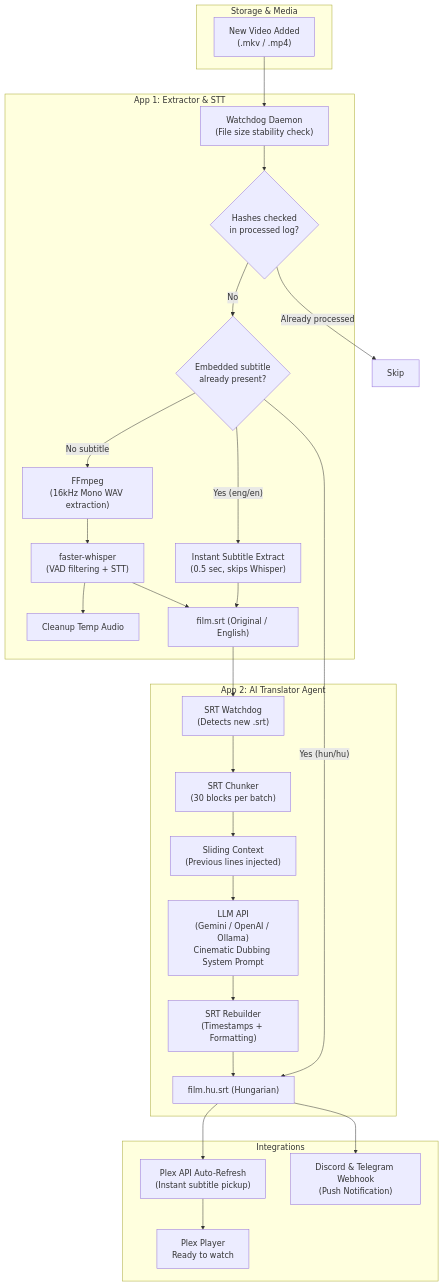
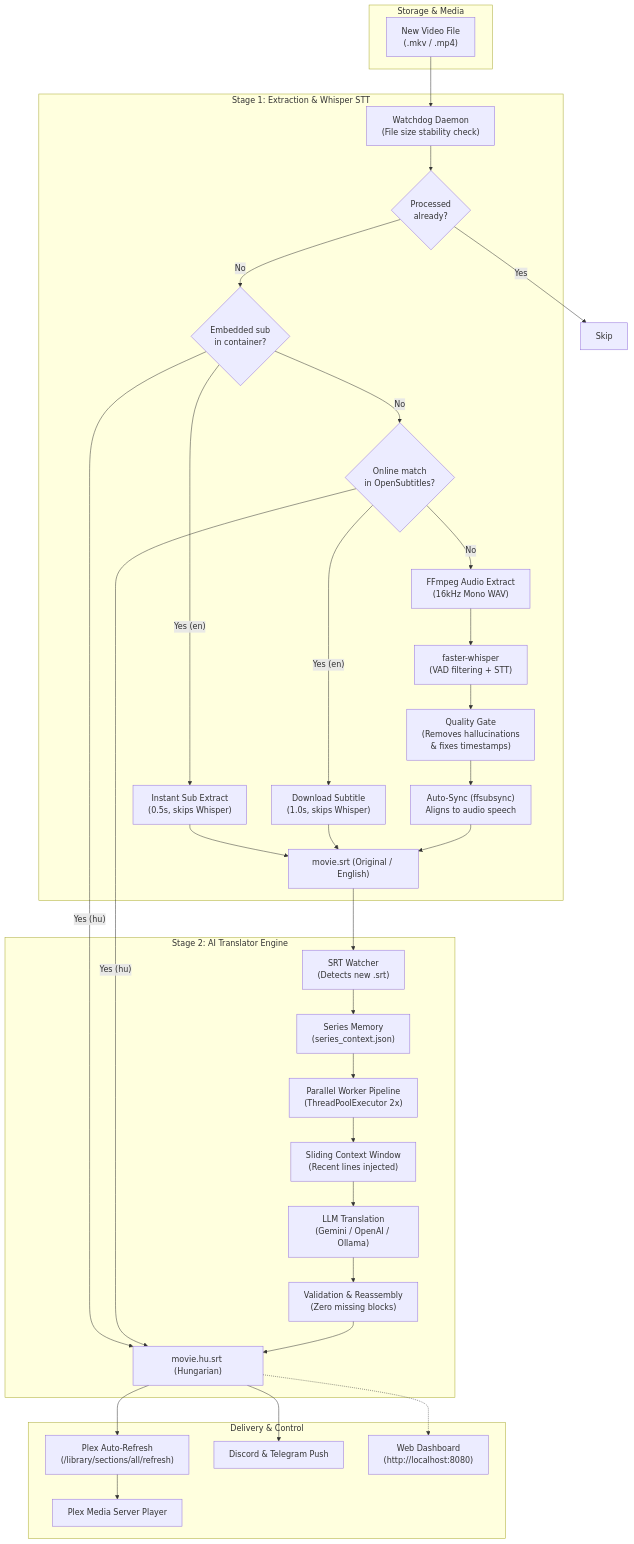
The diagram in README.md (Gyuri125/plex-ai-subtitler), drawn with Mermaid before and after one commit. The commit also changed other lines of this file and 3 other files, not shown here.

Commit message:
docs: expand README documentation with architecture matrix, web dashboard, and evaluation test suite

````diff
--- a/README.md
+++ b/README.md
@@ -80,53 +110,54 @@
 ```mermaid
 flowchart TD
     subgraph Storage [" Storage & Media "]
-        Video["New Video Added\n(.mkv / .mp4)"]
+        Video["New Video File\n(.mkv / .mp4)"]
     end
 
-    subgraph App1 [" App 1: Extractor & STT "]
+    subgraph Stage1 [" Stage 1: Extraction & Whisper STT "]
         Watch["Watchdog Daemon\n(File size stability check)"]
-        Dedup{"Hashes checked\nin processed log?"}
-        Probe{"Embedded subtitle\nalready present?"}
-        FastSub["Instant Subtitle Extract\n(0.5 sec, skips Whisper)"]
-        FFmpeg["FFmpeg\n(16kHz Mono WAV extraction)"]
+        Dedup{"Processed\nalready?"}
+        Probe{"Embedded sub\nin container?"}
+        FastSub["Instant Sub Extract\n(0.5s, skips Whisper)"]
+        OnlineCheck{"Online match\nin OpenSubtitles?"}
+        OnlineDl["Download Subtitle\n(1.0s, skips Whisper)"]
+        FFmpeg["FFmpeg Audio Extract\n(16kHz Mono WAV)"]
         Whisper["faster-whisper\n(VAD filtering + STT)"]
-        Clean["Cleanup Temp Audio"]
-        SrtEN["film.srt (Original / English)"]
+        QGate["Quality Gate\n(Removes hallucinations\n& fixes timestamps)"]
+        AutoSync["Auto-Sync (ffsubsync)\nAligns to audio speech"]
+        SrtEN["movie.srt (Original / English)"]
     end
 
-    subgraph App2 [" App 2: AI Translator Agent "]
-        WatchSRT["SRT Watchdog\n(Detects new .srt)"]
-        Chunker["SRT Chunker\n(30 blocks per batch)"]
-        Context["Sliding Context\n(Previous lines injected)"]
-        LLM["LLM API\n(Gemini / OpenAI / Ollama)\nCinematic Dubbing System Prompt"]
-        Reconstruct["SRT Rebuilder\n(Timestamps + Formatting)"]
-        SrtHU["film.hu.srt (Hungarian)"]
+    subgraph Stage2 [" Stage 2: AI Translator Engine "]
+        WatchSRT["SRT Watcher\n(Detects new .srt)"]
+        SeriesMem["Series Memory\n(series_context.json)"]
+        ParallelPipe["Parallel Worker Pipeline\n(ThreadPoolExecutor 2x)"]
+        SlidingCtx["Sliding Context Window\n(Recent lines injected)"]
+        LLM["LLM Translation\n(Gemini / OpenAI / Ollama)"]
+        IntegrityCheck["Validation & Reassembly\n(Zero missing blocks)"]
+        SrtHU["movie.hu.srt (Hungarian)"]
     end
 
-    subgraph Integrations [" Integrations "]
-        PlexRefresh["Plex API Auto-Refresh\n(Instant subtitle pickup)"]
-        Notif["Discord & Telegram Webhook\n(Push Notification)"]
-        Plex["Plex Player\nReady to watch"]
+    subgraph Output [" Delivery & Control "]
+        PlexRefresh["Plex Auto-Refresh\n(/library/sections/all/refresh)"]
+        Notif["Discord & Telegram Push"]
+        WebUI["Web Dashboard\n(http://localhost:8080)"]
+        Plex["Plex Media Server Player"]
     end
 
     Video --> Watch
     Watch --> Dedup
     Dedup -- No --> Probe
-    Dedup -- Already processed --> Skip["Skip"]
-    Probe -- "Yes (eng/en)" --> FastSub
-    Probe -- "Yes (hun/hu)" --> SrtHU
-    FastSub --> SrtEN
-    Probe -- "No subtitle" --> FFmpeg
-    FFmpeg --> Whisper
-    Whisper --> Clean
-    Whisper --> SrtEN
+    Dedup -- Yes --> Skip["Skip"]
+    Probe -- "Yes (hu)" --> SrtHU
+    Probe -- "Yes (en)" --> FastSub --> SrtEN
+    Probe -- "No" --> OnlineCheck
+    OnlineCheck -- "Yes (hu)" --> SrtHU
+    OnlineCheck -- "Yes (en)" --> OnlineDl --> SrtEN
+    OnlineCheck -- "No" --> FFmpeg --> Whisper --> QGate --> AutoSync --> SrtEN
     SrtEN --> WatchSRT
-    WatchSRT --> Chunker
-    Chunker --> Context
-    Context --> LLM
-    LLM --> Reconstruct
-    Reconstruct --> SrtHU
-    SrtHU --> PlexRefresh
+    WatchSRT --> SeriesMem --> ParallelPipe
+    ParallelPipe --> SlidingCtx --> LLM --> IntegrityCheck --> SrtHU
+    SrtHU --> PlexRefresh --> Plex
     SrtHU --> Notif
-    PlexRefresh --> Plex
+    SrtHU -.-> WebUI
 ```
````
